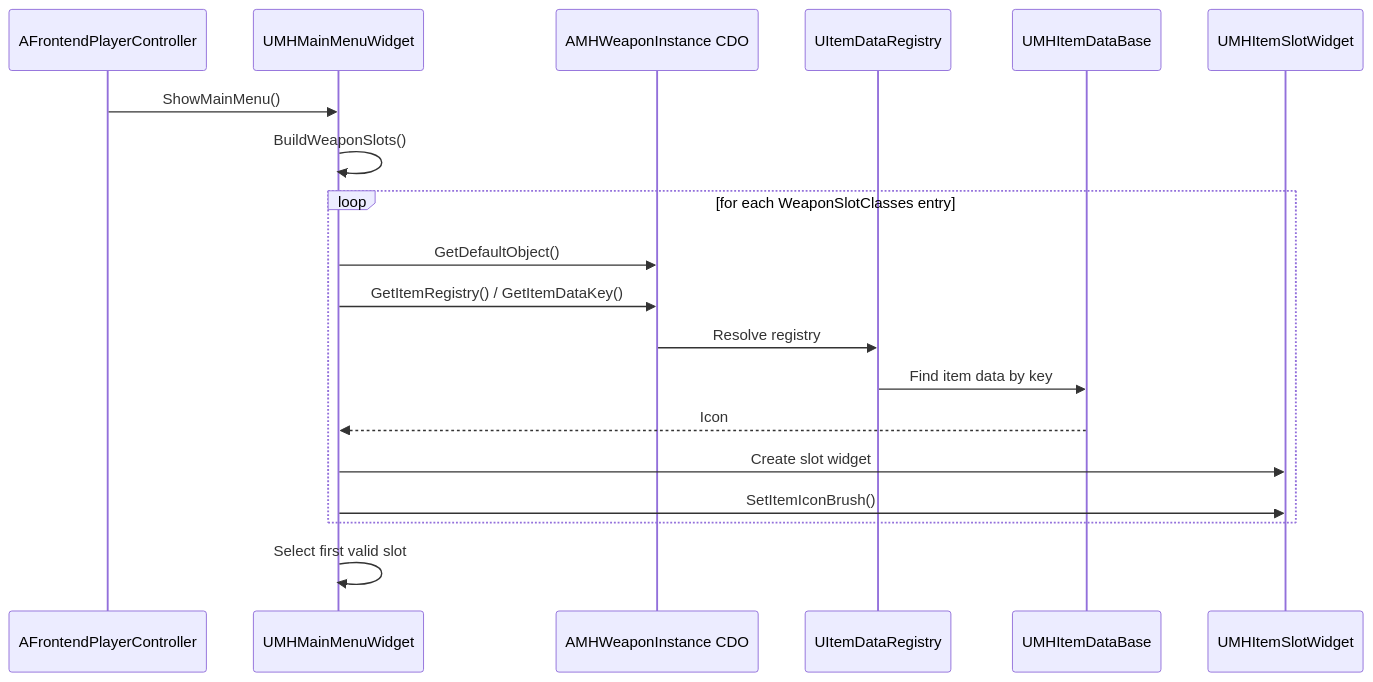
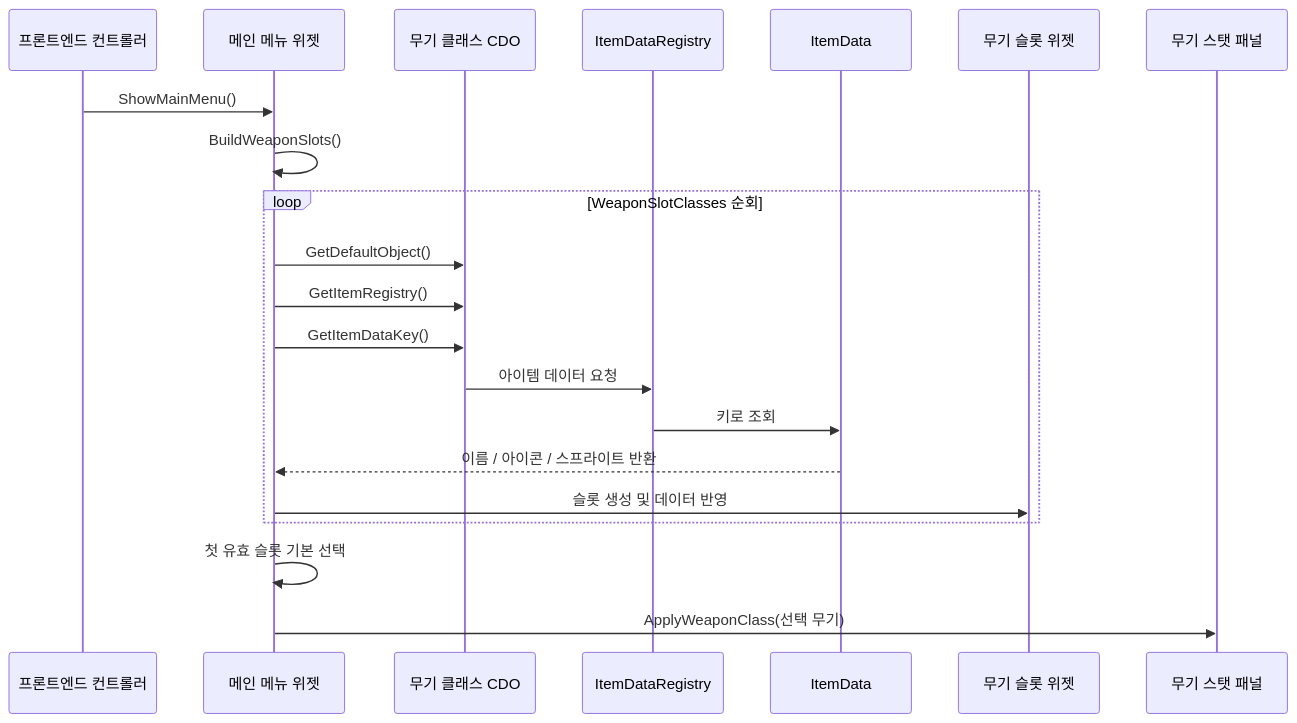
The second of 7 diagrams in Docs/Frontend_Menu_Loading_UML.md (Username-YMIR/ProjectMHW), drawn with Mermaid before and after one commit. The commit also changed other lines of this file and 13 other files, not shown here.

````diff
--- a/Docs/Frontend_Menu_Loading_UML.md
+++ b/Docs/Frontend_Menu_Loading_UML.md
@@ -84,22 +102,26 @@
 ```mermaid
 sequenceDiagram
-    participant PC as AFrontendPlayerController
-    participant Menu as UMHMainMenuWidget
-    participant WeaponCDO as AMHWeaponInstance CDO
-    participant Registry as UItemDataRegistry
-    participant Data as UMHItemDataBase
-    participant Slot as UMHItemSlotWidget
+    participant PC as 프론트엔드 컨트롤러
+    participant Menu as 메인 메뉴 위젯
+    participant WeaponCDO as 무기 클래스 CDO
+    participant Registry as ItemDataRegistry
+    participant Data as ItemData
+    participant Slot as 무기 슬롯 위젯
+    participant Stat as 무기 스탯 패널
 
     PC->>Menu: ShowMainMenu()
     Menu->>Menu: BuildWeaponSlots()
-    loop for each WeaponSlotClasses entry
+
+    loop WeaponSlotClasses 순회
         Menu->>WeaponCDO: GetDefaultObject()
-        Menu->>WeaponCDO: GetItemRegistry() / GetItemDataKey()
-        WeaponCDO->>Registry: Resolve registry
-        Registry->>Data: Find item data by key
-        Data-->>Menu: Icon
-        Menu->>Slot: Create slot widget
-        Menu->>Slot: SetItemIconBrush()
+        Menu->>WeaponCDO: GetItemRegistry()
+        Menu->>WeaponCDO: GetItemDataKey()
+        WeaponCDO->>Registry: 아이템 데이터 요청
+        Registry->>Data: 키로 조회
+        Data-->>Menu: 이름 / 아이콘 / 스프라이트 반환
+        Menu->>Slot: 슬롯 생성 및 데이터 반영
     end
-    Menu->>Menu: Select first valid slot
+
+    Menu->>Menu: 첫 유효 슬롯 기본 선택
+    Menu->>Stat: ApplyWeaponClass(선택 무기)
 ```
````
